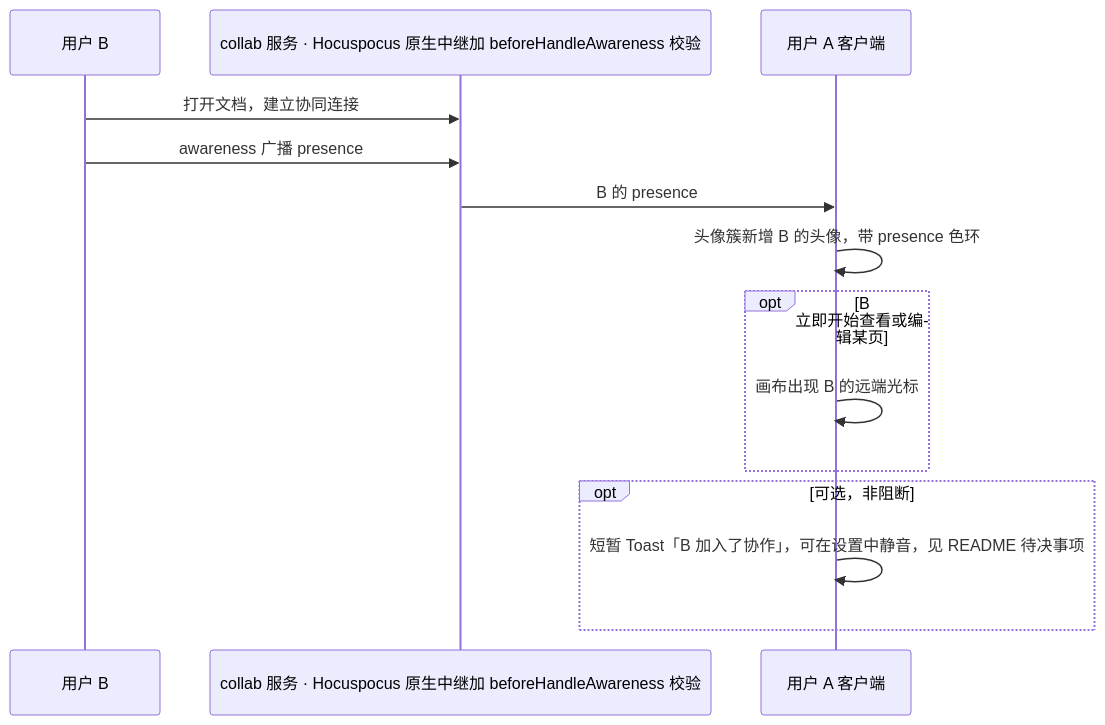
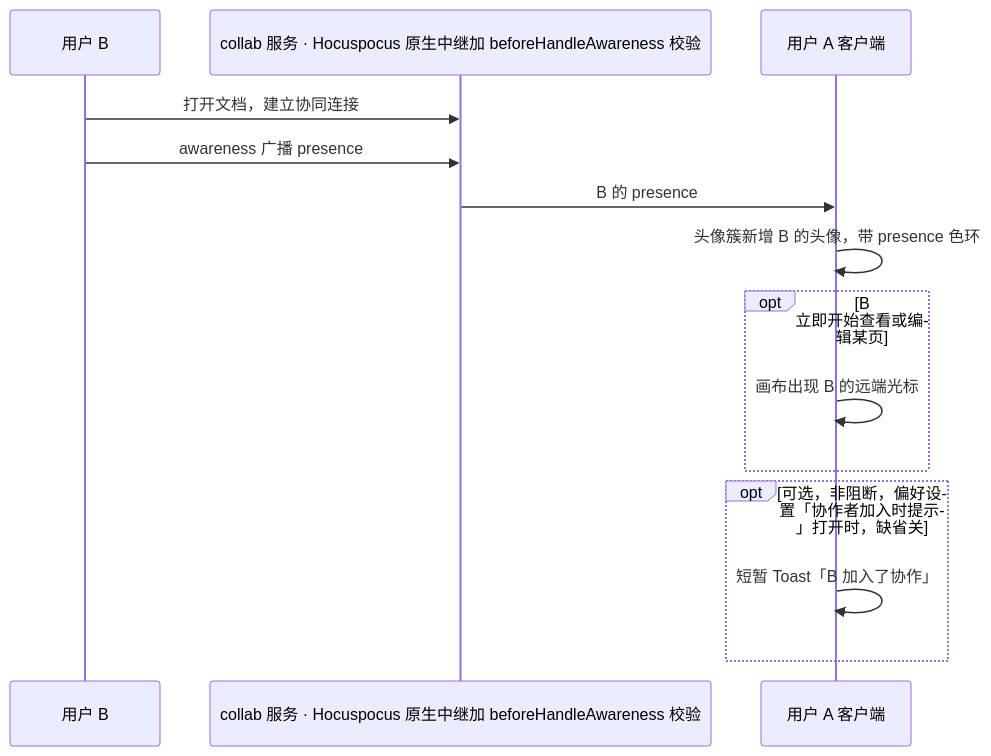
One commit to Xeonice/cordis-ppt-editor changed the third of 13 diagrams in docs/20-design/02-user-flows.md. Above: the diagram before and after it, drawn with Mermaid. The commit also changed other lines of this file and 44 other files, not shown here.

````diff
--- a/docs/20-design/02-user-flows.md
+++ b/docs/20-design/02-user-flows.md
@@ -107,16 +113,16 @@
 ```mermaid
 sequenceDiagram
   participant userB as 用户 B
   participant collab as collab 服务 · Hocuspocus 原生中继加 beforeHandleAwareness 校验
   participant clientA as 用户 A 客户端
   userB->>collab: 打开文档，建立协同连接
   userB->>collab: awareness 广播 presence
   collab->>clientA: B 的 presence
   clientA->>clientA: 头像簇新增 B 的头像，带 presence 色环
   opt B 立即开始查看或编辑某页
     clientA->>clientA: 画布出现 B 的远端光标
   end
-  opt 可选，非阻断
-    clientA->>clientA: 短暂 Toast「B 加入了协作」，可在设置中静音，见 README 待决事项
+  opt 可选，非阻断，偏好设置「协作者加入时提示」打开时，缺省关
+    clientA->>clientA: 短暂 Toast「B 加入了协作」
   end
 ```
````
